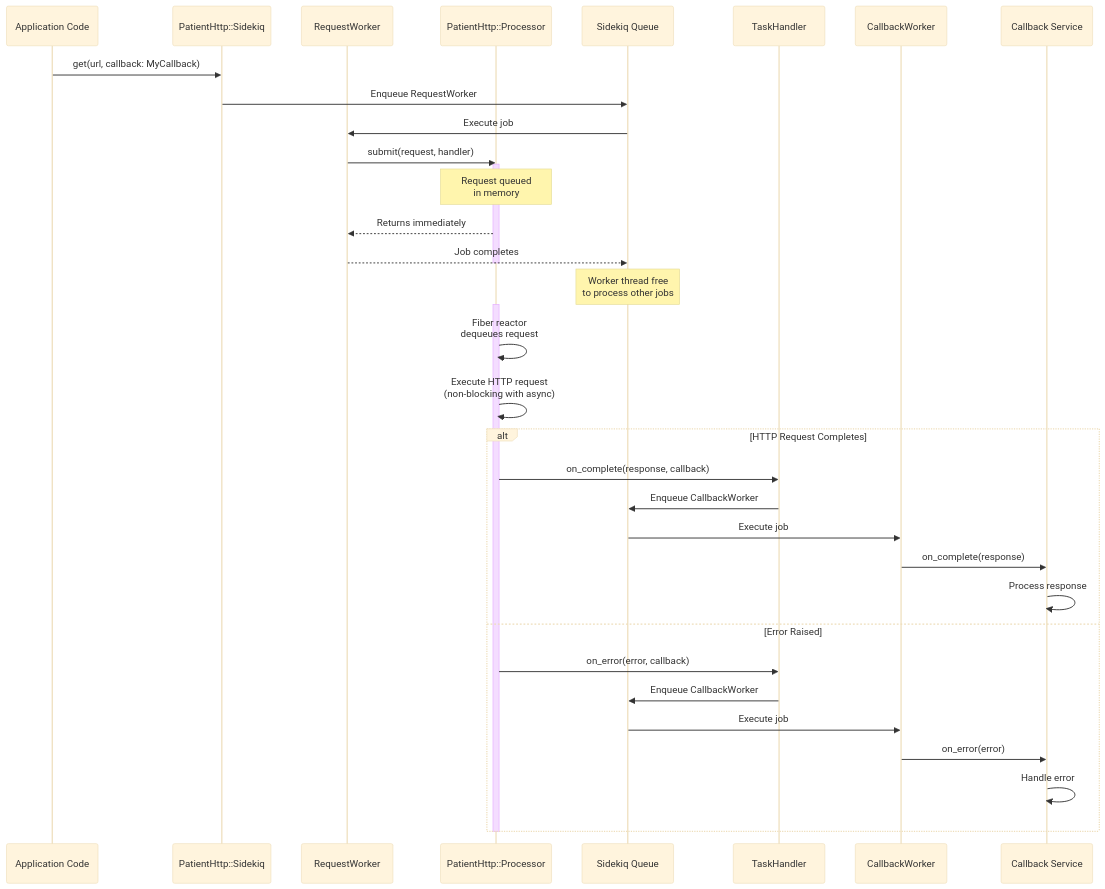
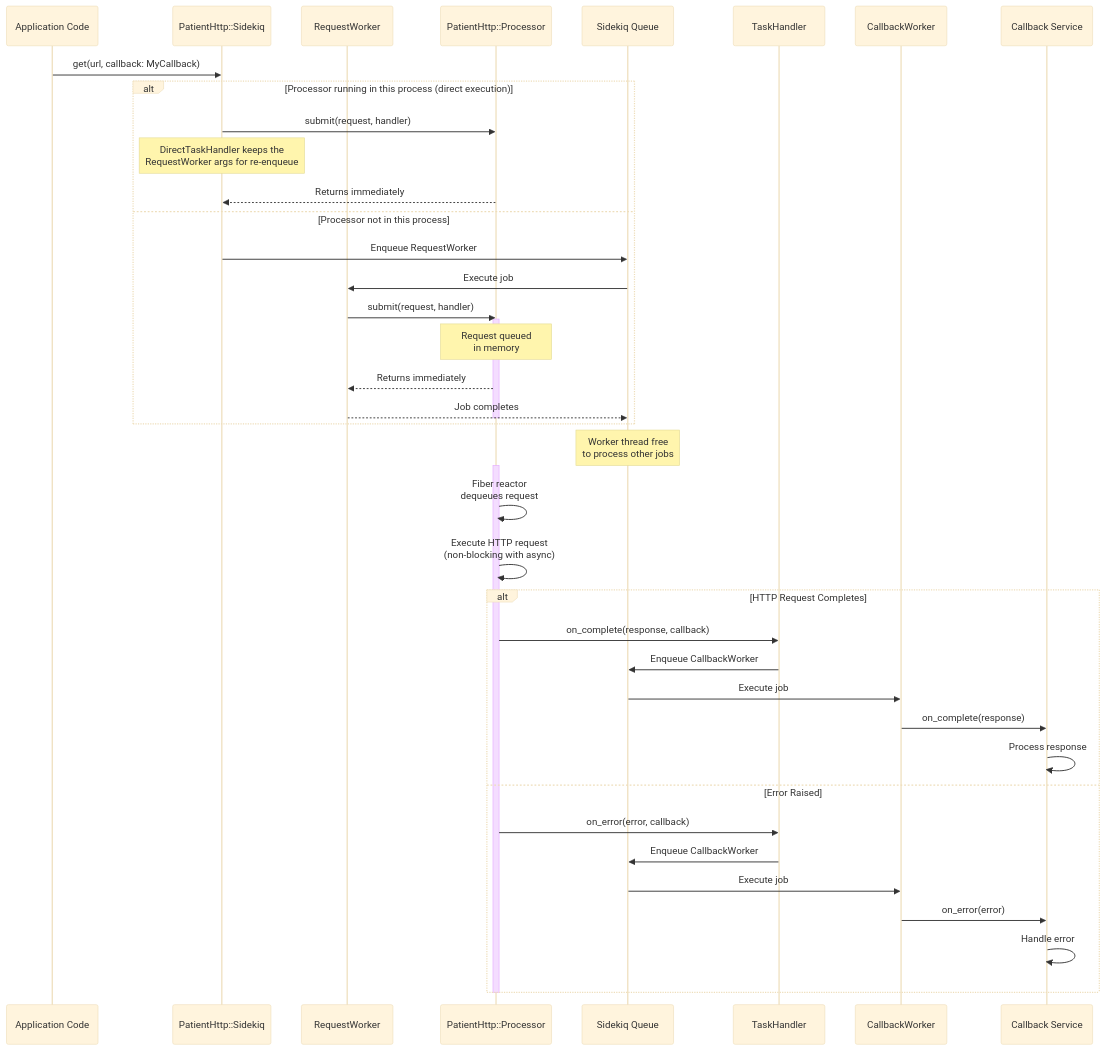
The first of 2 diagrams in ARCHITECTURE.md (bdurand/patient_http-sidekiq), drawn with Mermaid (base theme) before and after one commit. The commit also changed other lines of this file and 14 other files, not shown here.

Commit message:
Skip enqueuing worker when processor is running in process

````diff
--- a/ARCHITECTURE.md
+++ b/ARCHITECTURE.md
@@ -103,42 +103,49 @@
 ```mermaid
 sequenceDiagram
     participant App as Application Code
     participant Module as PatientHttp::Sidekiq
     participant ReqWorker as RequestWorker
     participant Processor as PatientHttp::Processor
     participant Sidekiq as Sidekiq Queue
     participant Handler as TaskHandler
     participant CbWorker as CallbackWorker
     participant Callback as Callback Service
 
     App->>Module: get(url, callback: MyCallback)
-    Module->>Sidekiq: Enqueue RequestWorker
-    Sidekiq->>ReqWorker: Execute job
-    ReqWorker->>Processor: submit(request, handler)
-    activate Processor
-    Note over Processor: Request queued<br/>in memory
-    Processor-->>ReqWorker: Returns immediately
-    ReqWorker-->>Sidekiq: Job completes
-    deactivate Processor
+
+    alt Processor running in this process (direct execution)
+        Module->>Processor: submit(request, handler)
+        Note over Module: DirectTaskHandler keeps the<br/>RequestWorker args for re-enqueue
+        Processor-->>Module: Returns immediately
+    else Processor not in this process
+        Module->>Sidekiq: Enqueue RequestWorker
+        Sidekiq->>ReqWorker: Execute job
+        ReqWorker->>Processor: submit(request, handler)
+        activate Processor
+        Note over Processor: Request queued<br/>in memory
+        Processor-->>ReqWorker: Returns immediately
+        ReqWorker-->>Sidekiq: Job completes
+        deactivate Processor
+    end
 
     Note over Sidekiq: Worker thread free<br/>to process other jobs
 
     activate Processor
     Processor->>Processor: Fiber reactor<br/>dequeues request
     Processor->>Processor: Execute HTTP request<br/>(non-blocking with async)
 
     alt HTTP Request Completes
         Processor->>Handler: on_complete(response, callback)
         Handler->>Sidekiq: Enqueue CallbackWorker
         Sidekiq->>CbWorker: Execute job
         CbWorker->>Callback: on_complete(response)
         Callback->>Callback: Process response
     else Error Raised
         Processor->>Handler: on_error(error, callback)
         Handler->>Sidekiq: Enqueue CallbackWorker
         Sidekiq->>CbWorker: Execute job
         CbWorker->>Callback: on_error(error)
         Callback->>Callback: Handle error
     end
     deactivate Processor
 ```
````
